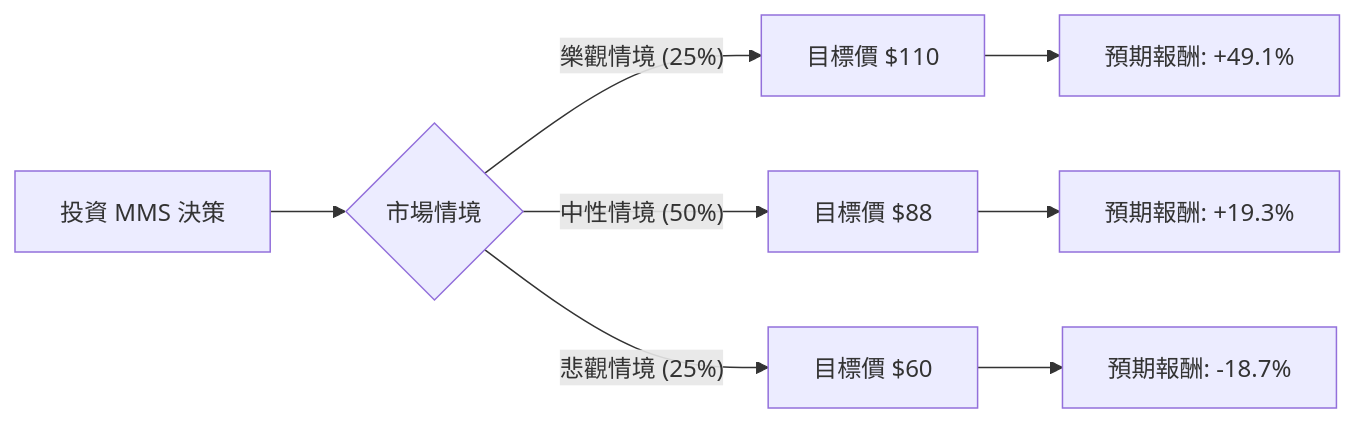
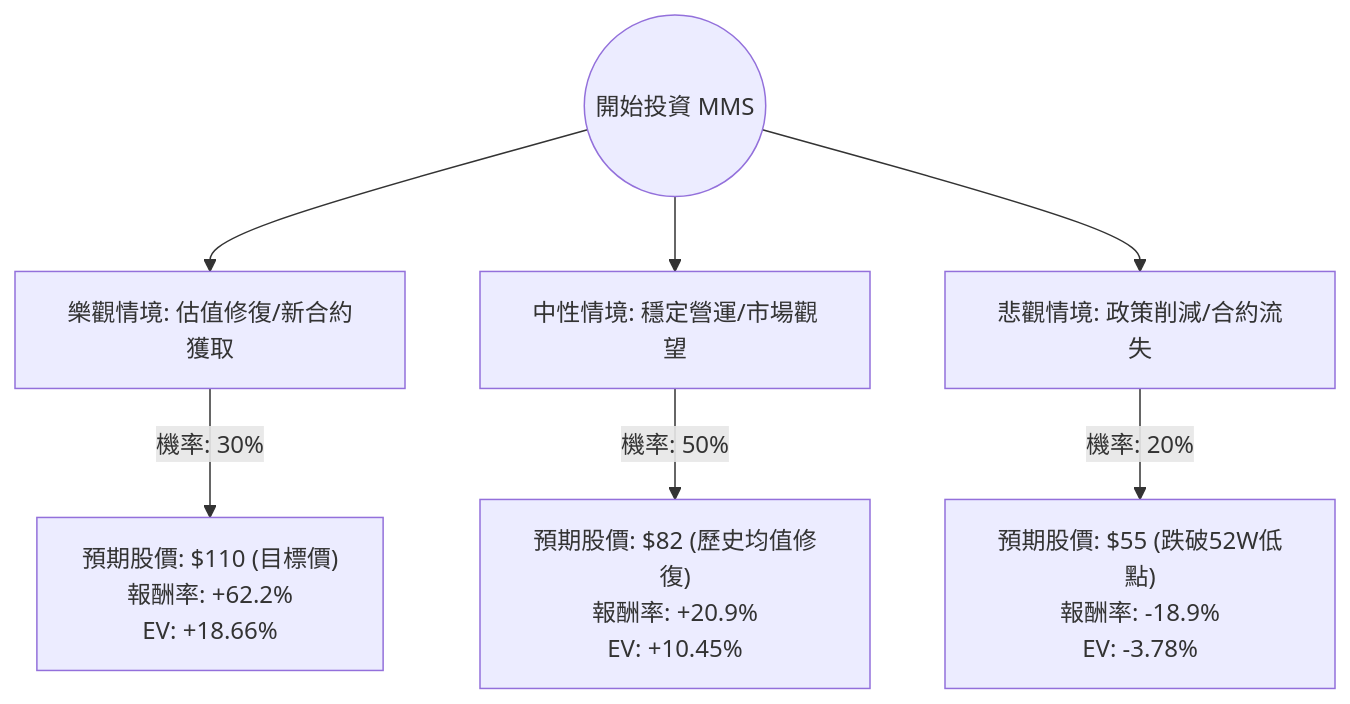
The diagram in plugin-react/ai-analysis/ev-analysis/MMS.md (zmcx16/zmcx16.github.io), drawn with Mermaid before and after one commit. The commit also changed other lines of this file and 73 other files, not shown here.

````diff
--- a/plugin-react/ai-analysis/ev-analysis/MMS.md
+++ b/plugin-react/ai-analysis/ev-analysis/MMS.md
@@ -24,13 +22,10 @@
 ```mermaid
-graph LR
-    A[投資 MMS 決策] --> B{市場情境}
-    
-    B -- 樂觀情境 (25%) --> C[目標價 $110]
-    C --> C1[預期報酬: +49.1%]
-    
-    B -- 中性情境 (50%) --> D[目標價 $88]
-    D --> D1[預期報酬: +19.3%]
-    
-    B -- 悲觀情境 (25%) --> E[目標價 $60]
-    E --> E1[預期報酬: -18.7%]
+graph TD
+    Start((開始投資 MMS)) --> Bull[樂觀情境: 估值修復/新合約獲取]
+    Start --> Base[中性情境: 穩定營運/市場觀望]
+    Start --> Bear[悲觀情境: 政策削減/合約流失]
+
+    Bull -- "機率: 30%" --> BullResult["預期股價: $110 (目標價)<br>報酬率: +62.2%<br>EV: +18.66%"]
+    Base -- "機率: 50%" --> BaseResult["預期股價: $82 (歷史均值修復)<br>報酬率: +20.9%<br>EV: +10.45%"]
+    Bear -- "機率: 20%" --> BearResult["預期股價: $55 (跌破52W低點)<br>報酬率: -18.9%<br>EV: -3.78%"]
 ```
````
